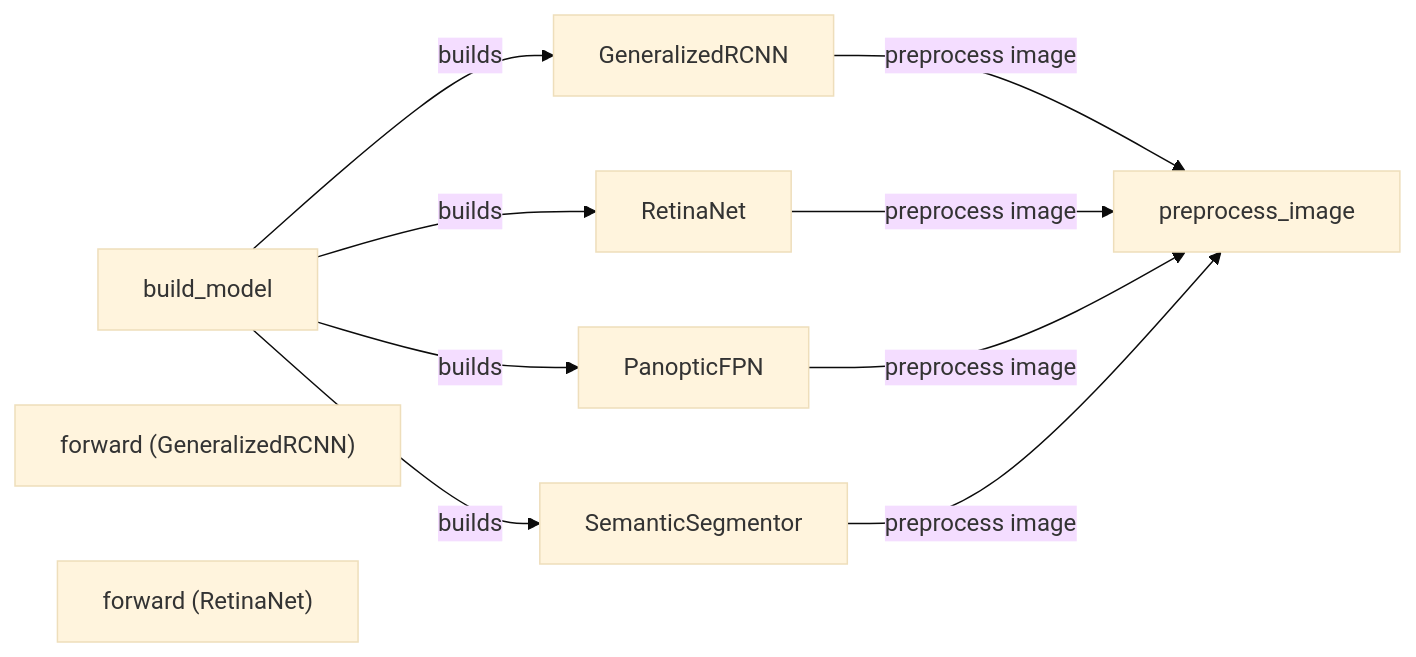
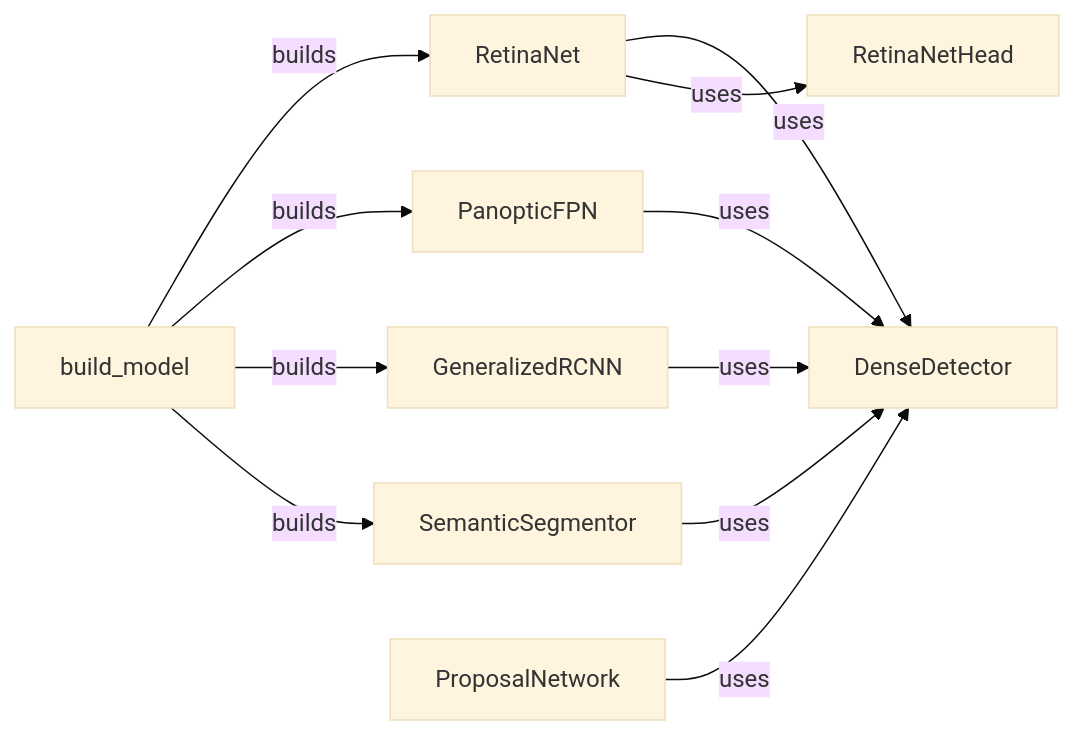
Before and after one commit to CodeBoarding/GeneratedOnBoardings: the diagram in detectron2/Meta-Architecture.md, drawn with Mermaid (base theme). The commit also changed other lines of this file and 5 other files, not shown here.

````diff
--- a/detectron2/Meta-Architecture.md
+++ b/detectron2/Meta-Architecture.md
@@ -1,19 +1,21 @@
 ```mermaid
 graph LR
     build_model["build_model"]
     GeneralizedRCNN["GeneralizedRCNN"]
     RetinaNet["RetinaNet"]
     PanopticFPN["PanopticFPN"]
     SemanticSegmentor["SemanticSegmentor"]
-    preprocess_image["preprocess_image"]
-    forward_GeneralizedRCNN_["forward (GeneralizedRCNN)"]
-    forward_RetinaNet_["forward (RetinaNet)"]
-    build_model -- "builds" --> GeneralizedRCNN
+    DenseDetector["DenseDetector"]
+    RetinaNetHead["RetinaNetHead"]
+    ProposalNetwork["ProposalNetwork"]
     build_model -- "builds" --> RetinaNet
     build_model -- "builds" --> PanopticFPN
+    build_model -- "builds" --> GeneralizedRCNN
     build_model -- "builds" --> SemanticSegmentor
-    GeneralizedRCNN -- "preprocess image" --> preprocess_image
-    RetinaNet -- "preprocess image" --> preprocess_image
-    PanopticFPN -- "preprocess image" --> preprocess_image
-    SemanticSegmentor -- "preprocess image" --> preprocess_image
+    RetinaNet -- "uses" --> DenseDetector
+    PanopticFPN -- "uses" --> DenseDetector
+    GeneralizedRCNN -- "uses" --> DenseDetector
+    ProposalNetwork -- "uses" --> DenseDetector
+    SemanticSegmentor -- "uses" --> DenseDetector
+    RetinaNet -- "uses" --> RetinaNetHead
 ```
````
